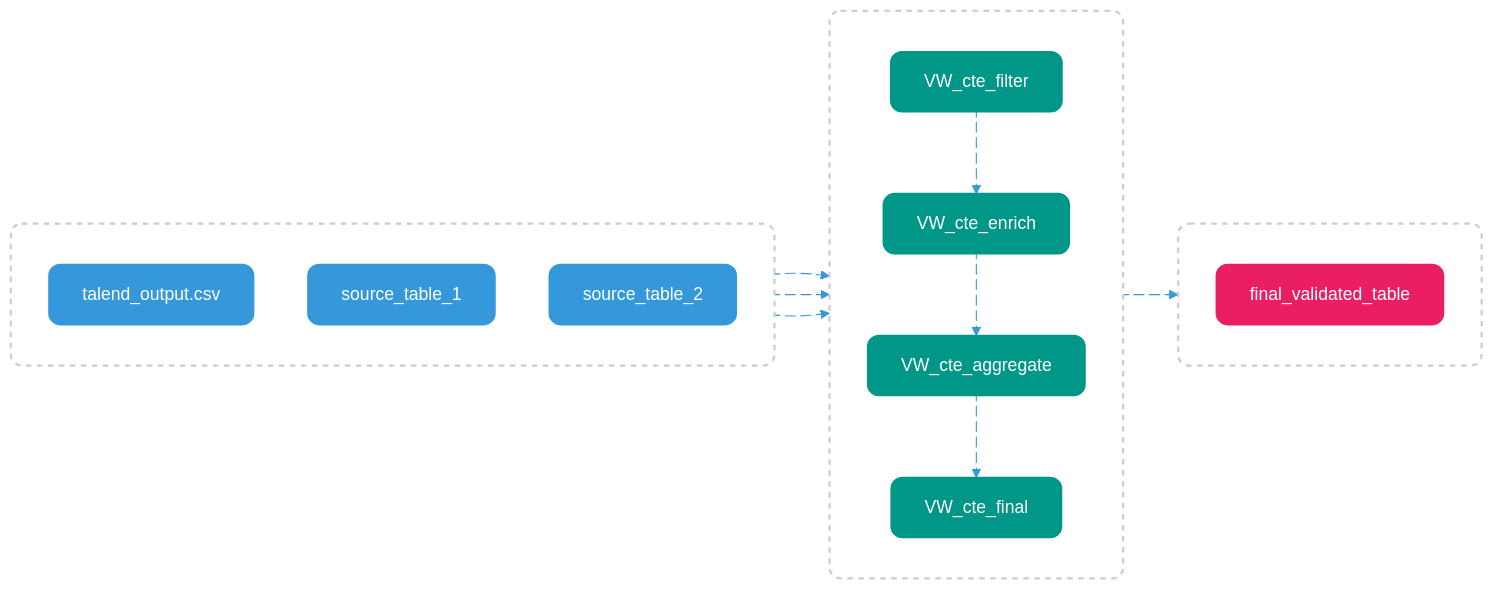
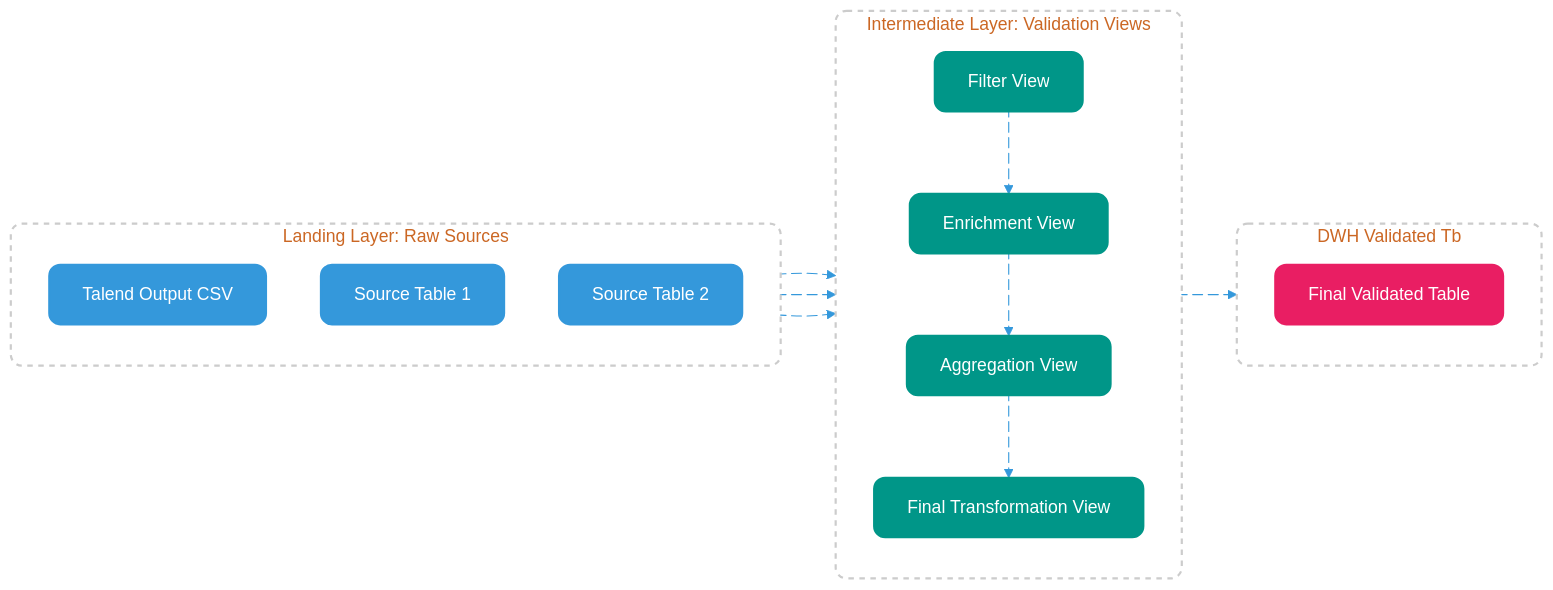
Before and after one commit to danielnmuner/danielnmuner.github.io: the second of 2 diagrams in src/documents/black-box-intermediate-models.md, drawn with Mermaid. The commit also changed other lines of this file and 1 other file, not shown here.

Commit message:
feat: add Poppins font and enhance Mermaid diagram labels with clearer descriptions

````diff
--- a/src/documents/black-box-intermediate-models.md
+++ b/src/documents/black-box-intermediate-models.md
@@ -95,49 +95,49 @@
 ```mermaid
-%%{init: {'theme':'base', 'themeVariables': {'primaryColor':'#3498db','primaryTextColor':'#ffffff','primaryBorderColor':'#3498db','lineColor':'#3498db','secondaryColor':'#3498db','tertiaryColor':'#3498db','background':'#ffffff','mainBkg':'#ffffff','secondBkg':'#ffffff','tertiaryBkg':'#ffffff'}}}%%
+%%{init: {'theme':'base', 'themeVariables': {'primaryColor':'#3498db','primaryTextColor':'#ffffff','primaryBorderColor':'#3498db','lineColor':'#3498db','secondaryColor':'#3498db','tertiaryColor':'#3498db','background':'#ffffff','mainBkg':'#ffffff','secondBkg':'#ffffff','tertiaryBkg':'#ffffff','fontFamily':'Poppins, sans-serif'}}}%%
 flowchart LR
-    subgraph LANDING[" "]
+    subgraph LANDING["Landing Layer: Raw Sources"]
         direction TB
-        L1["talend_output.csv"]
-        L2["source_table_1"]
-        L3["source_table_2"]
+        L1["Talend Output CSV"]
+        L2["Source Table 1"]
+        L3["Source Table 2"]
     end
     
-    subgraph INT_VAL[" "]
+    subgraph INT_VAL["Intermediate Layer: Validation Views"]
         direction TB
-        I1["VW_cte_filter"]
-        I2["VW_cte_enrich"]
-        I3["VW_cte_aggregate"]
-        I4["VW_cte_final"]
+        I1["Filter View"]
+        I2["Enrichment View"]
+        I3["Aggregation View"]
+        I4["Final Transformation View"]
     end
     
-    subgraph DWH_LAYER[" "]
+    subgraph DWH_LAYER["DWH Validated Tb"]
         direction TB
-        D1["final_validated_table"]
+        D1["Final Validated Table"]
     end
     
     L1 e1@--> I1
     L2 e2@--> I1
     L3 e3@--> I1
     I1 e4@--> I2
     I2 e5@--> I3
     I3 e6@--> I4
     I4 e7@--> D1
 
     classDef landingStyle fill:#3498db,stroke:#3498db,stroke-width:2px,color:#ffffff,rx:10,ry:10
     classDef intStyle fill:#009688,stroke:#009688,stroke-width:2px,color:#ffffff,rx:10,ry:10
     classDef dwhStyle fill:#e91e63,stroke:#e91e63,stroke-width:2px,color:#ffffff,rx:10,ry:10
     classDef groupStyle fill:none,stroke:#cccccc,stroke-width:2px,stroke-dasharray: 5 5,rx:10,ry:10
     
     class L1,L2,L3 landingStyle
     class I1,I2,I3,I4 intStyle
     class D1 dwhStyle
     class LANDING,INT_VAL,DWH_LAYER groupStyle
     
     e1@{ animate: true }
     e2@{ animate: true }
     e3@{ animate: true }
     e4@{ animate: true }
     e5@{ animate: true }
     e6@{ animate: true }
     e7@{ animate: true }
 ```
````
